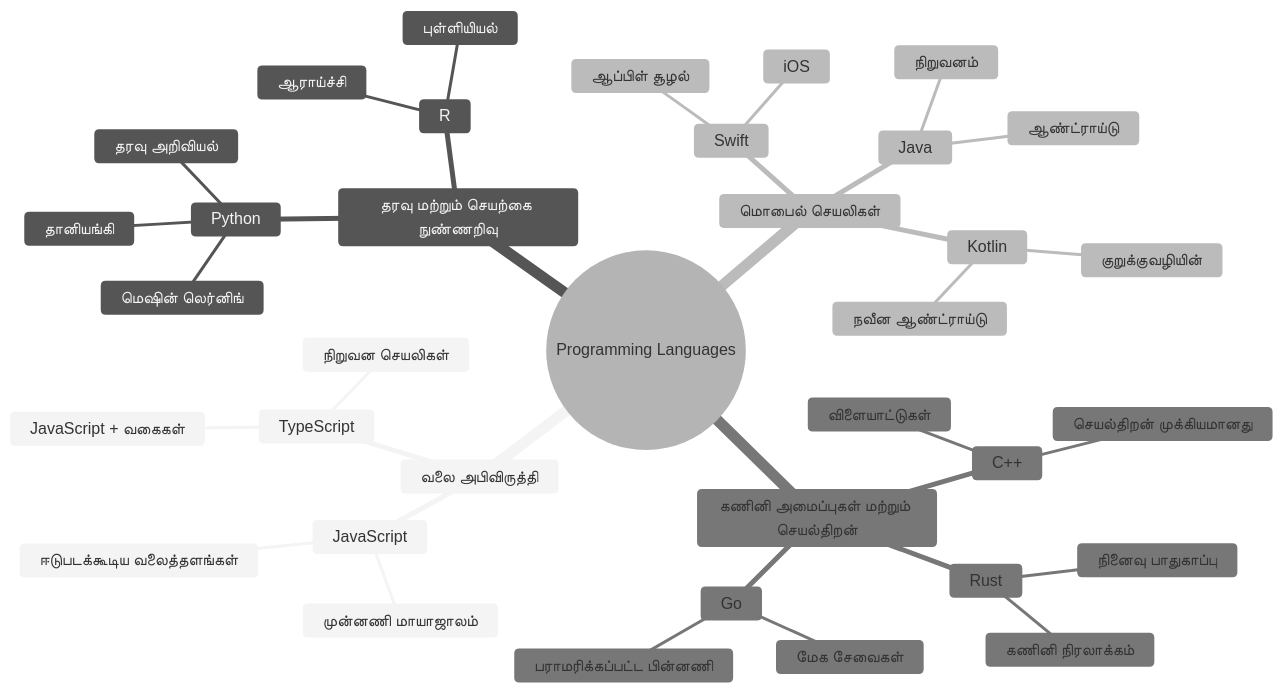
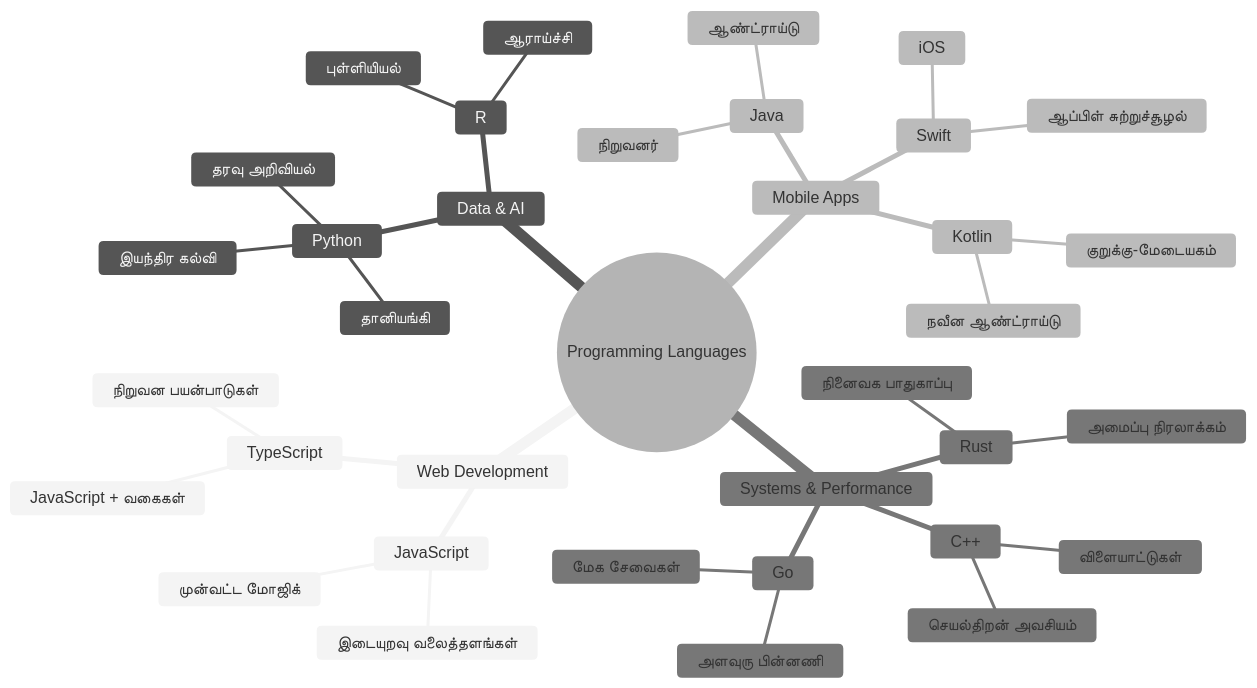
Before and after one commit to microsoft/Web-Dev-For-Beginners: the second of 7 diagrams in translations/ta/1-getting-started-lessons/1-intro-to-programming-languages/README.md, drawn with Mermaid (neutral theme). The commit also changed other lines of this file and 11 other files, not shown here.

````diff
--- a/translations/ta/1-getting-started-lessons/1-intro-to-programming-languages/README.md
+++ b/translations/ta/1-getting-started-lessons/1-intro-to-programming-languages/README.md
@@ -85,39 +84,39 @@
 ```mermaid
 mindmap
   root((Programming Languages))
-    வலை அபிவிருத்தி
+    Web Development
       JavaScript
-        முன்னணி மாயாஜாலம்
-        ஈடுபடக்கூடிய வலைத்தளங்கள்
+        முன்‌வட்ட மோஜிக்
+        இடையுறவு வலைத்தளங்கள்
       TypeScript
         JavaScript + வகைகள்
-        நிறுவன செயலிகள்
-    தரவு மற்றும் செயற்கை நுண்ணறிவு
+        நிறுவன பயன்பாடுகள்
+    Data & AI
       Python
         தரவு அறிவியல்
-        மெஷின் லெர்னிங்
+        இயந்திர கல்வி
         தானியங்கி
       R
         புள்ளியியல்
         ஆராய்ச்சி
-    மொபைல் செயலிகள்
+    Mobile Apps
       Java
         ஆண்ட்ராய்டு
-        நிறுவனம்
+        நிறுவனர்
       Swift
         iOS
-        ஆப்பிள் சூழல்
+        ஆப்பிள் சுற்றுச்சூழல்
       Kotlin
         நவீன ஆண்ட்ராய்டு
-        குறுக்குவழியின்
-    கணினி அமைப்புகள் மற்றும் செயல்திறன்
+        குறுக்கு-மேடையகம்
+    Systems & Performance
       C++
         விளையாட்டுகள்
-        செயல்திறன் முக்கியமானது
+        செயல்திறன் அவசியம்
       Rust
-        நினைவு பாதுகாப்பு
-        கணினி நிரலாக்கம்
+        நினைவக பாதுகாப்பு
+        அமைப்பு நிரலாக்கம்
       Go
         மேக சேவைகள்
-        பராமரிக்கப்பட்ட பின்னணி
+        அளவுரு பின்னணி
 ```
````
